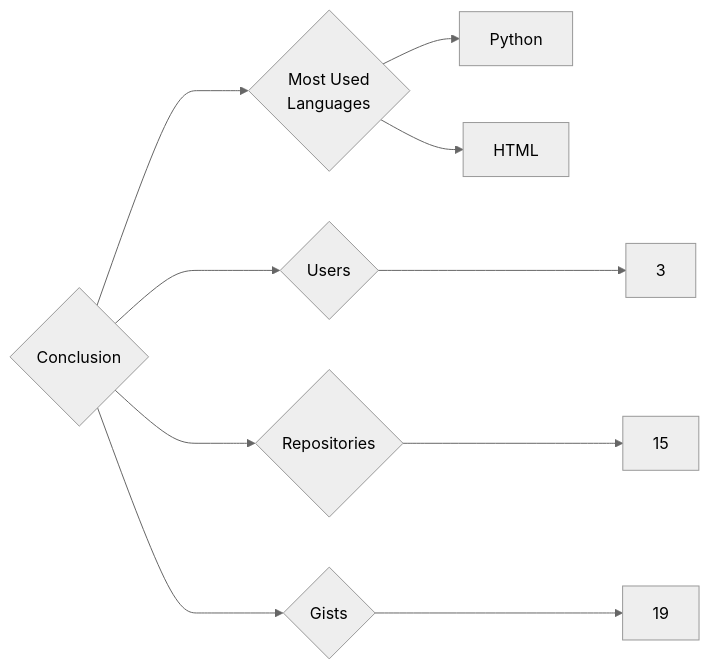
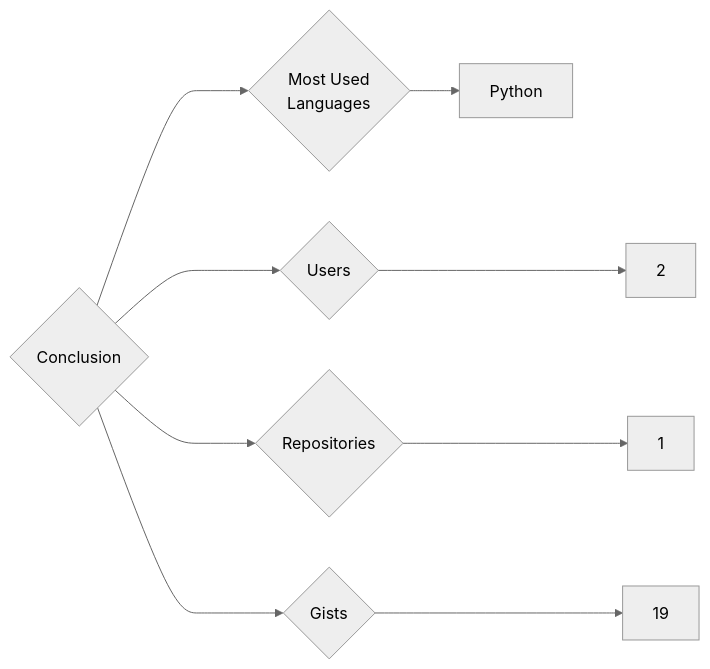
Before and after one commit to trickest/insiders: the diagram in targets/Conclusion/README.md, drawn with Mermaid (neutral theme). The commit also changed 934 other files, not shown here.

````diff
--- a/targets/Conclusion/README.md
+++ b/targets/Conclusion/README.md
@@ -3,10 +3,9 @@
 ```mermaid
 graph LR
 COMPANY_NAME{Conclusion}
-COMPANY_NAME ---> U{Users} ---> UN[3]
-COMPANY_NAME ---> R{Repositories} ---> RN[15]
+COMPANY_NAME ---> U{Users} ---> UN[2]
+COMPANY_NAME ---> R{Repositories} ---> RN[1]
 COMPANY_NAME ---> G{Gists} ---> GN[19]
 COMPANY_NAME ---> ML{Most Used<br>Languages}
 ML --> Python[Python]
-ML --> HTML[HTML]
 ```
````
